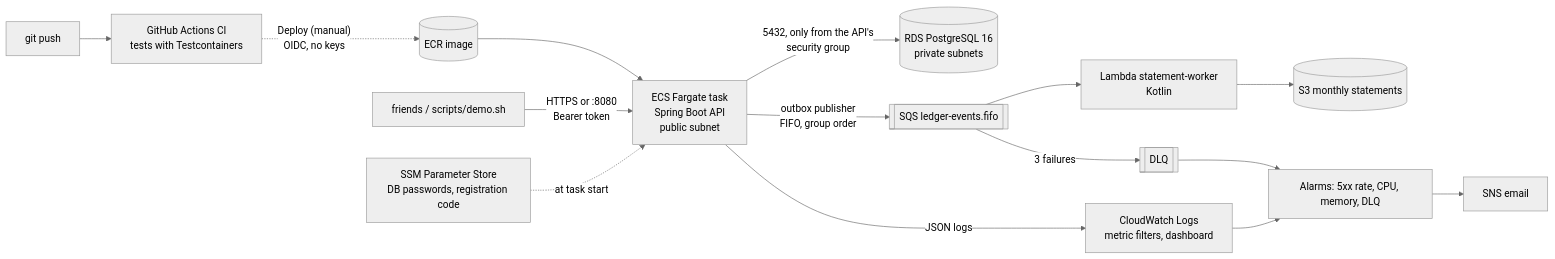
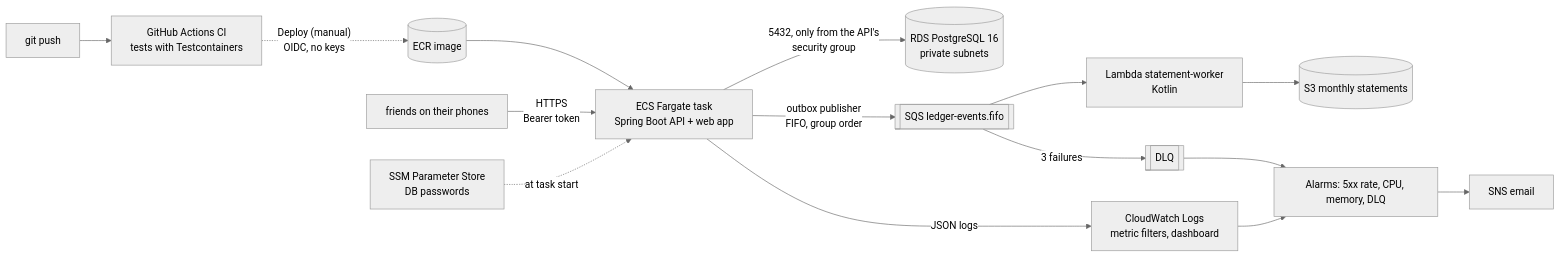
One commit to MadniAbdulWahab/splitledger changed the diagram in README.md. Above: the diagram before and after it, drawn with Mermaid (neutral theme). The commit also changed other lines of this file and 11 other files, not shown here.

````diff
--- a/README.md
+++ b/README.md
@@ -41,16 +121,16 @@
 ```mermaid
 flowchart LR
     dev[git push] --> ci[GitHub Actions CI<br/>tests with Testcontainers]
     ci -. "Deploy (manual)<br/>OIDC, no keys" .-> ecr[(ECR image)]
-    ecr --> ecs[ECS Fargate task<br/>Spring Boot API<br/>public subnet]
-    user[friends / scripts/demo.sh] -- "HTTPS or :8080<br/>Bearer token" --> ecs
+    ecr --> ecs[ECS Fargate task<br/>Spring Boot API + web app]
+    user[friends on their phones] -- "HTTPS<br/>Bearer token" --> ecs
     ecs -- "5432, only from the API's<br/>security group" --> rds[(RDS PostgreSQL 16<br/>private subnets)]
-    ssm[SSM Parameter Store<br/>DB passwords, registration code] -. at task start .-> ecs
+    ssm[SSM Parameter Store<br/>DB passwords] -. at task start .-> ecs
     ecs -- "outbox publisher<br/>FIFO, group order" --> sqs[[SQS ledger-events.fifo]]
     sqs --> lambda[Lambda statement-worker<br/>Kotlin]
     lambda --> s3[(S3 monthly statements)]
     sqs -- "3 failures" --> dlq[[DLQ]]
     ecs -- JSON logs --> cw[CloudWatch Logs<br/>metric filters, dashboard]
     cw --> alarms[Alarms: 5xx rate, CPU, memory, DLQ] --> sns[SNS email]
     dlq --> alarms
 ```
````
